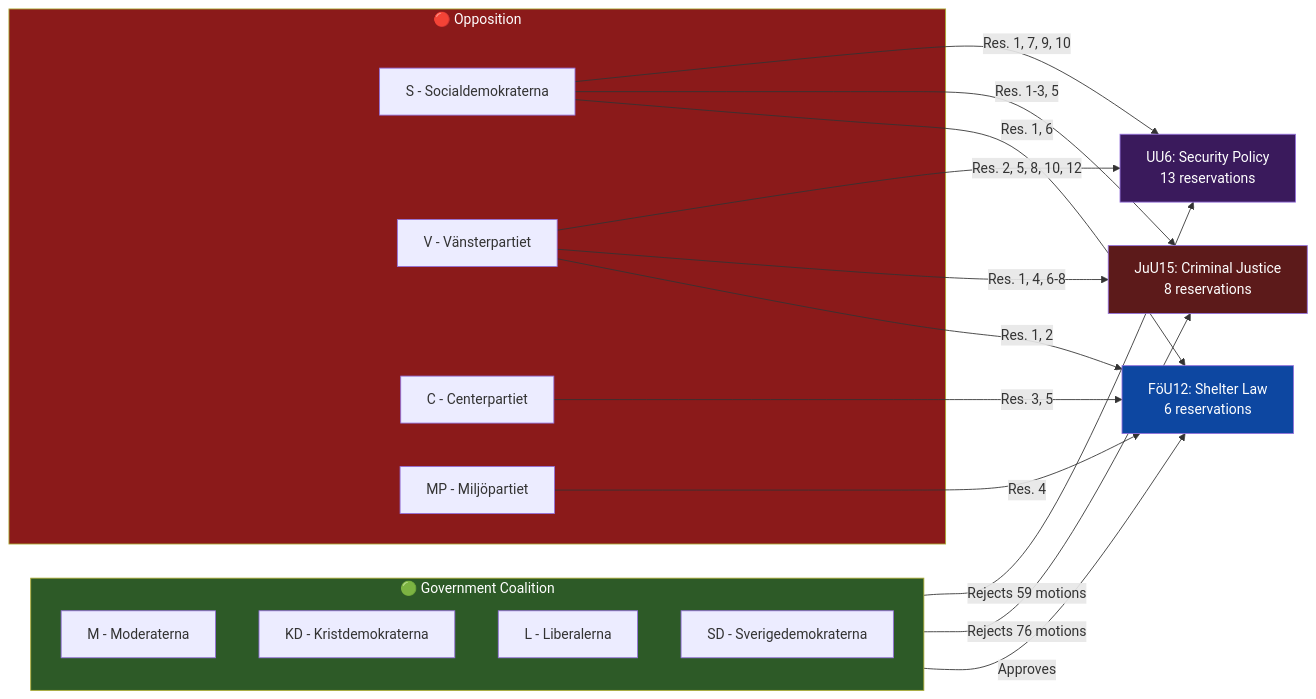
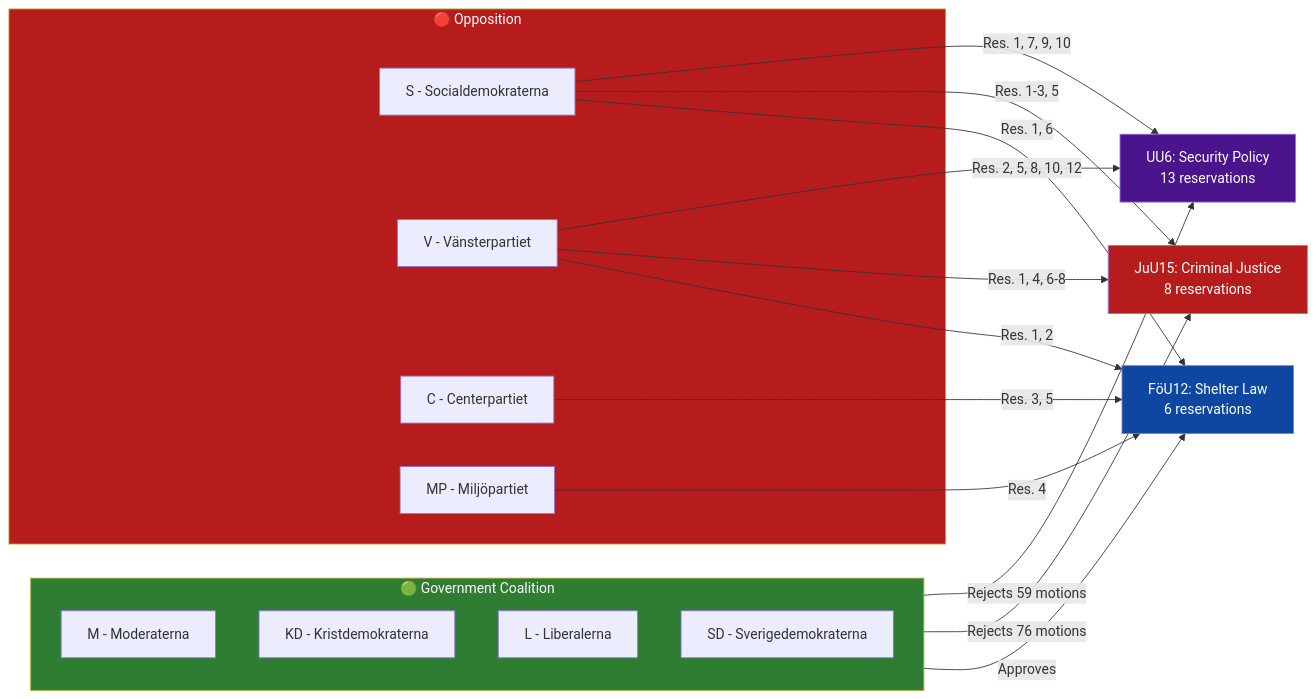
One commit to Hack23/riksdagsmonitor changed the diagram in analysis/daily/2026-04-06/committeeReports/swot-analysis.md. Above: the diagram before and after it, drawn with Mermaid. The commit also changed 121 other files, not shown here.

````diff
--- a/analysis/daily/2026-04-06/committeeReports/swot-analysis.md
+++ b/analysis/daily/2026-04-06/committeeReports/swot-analysis.md
@@ -75,35 +75,35 @@
 ```mermaid
 flowchart LR
     subgraph Government["🟢 Government Coalition"]
         M["M - Moderaterna"]
         KD["KD - Kristdemokraterna"]
         L["L - Liberalerna"]
         SD["SD - Sverigedemokraterna"]
     end
     subgraph Opposition["🔴 Opposition"]
         S["S - Socialdemokraterna"]
         V["V - Vänsterpartiet"]
         C["C - Centerpartiet"]
         MP["MP - Miljöpartiet"]
     end
     FöU12["FöU12: Shelter Law\n6 reservations"]
     JuU15["JuU15: Criminal Justice\n8 reservations"]
     UU6["UU6: Security Policy\n13 reservations"]
     Government -->|"Approves"| FöU12
     Government -->|"Rejects 76 motions"| JuU15
     Government -->|"Rejects 59 motions"| UU6
     S -->|"Res. 1, 6"| FöU12
     V -->|"Res. 1, 2"| FöU12
     C -->|"Res. 3, 5"| FöU12
     MP -->|"Res. 4"| FöU12
     S -->|"Res. 1-3, 5"| JuU15
     V -->|"Res. 1, 4, 6-8"| JuU15
     S -->|"Res. 1, 7, 9, 10"| UU6
     V -->|"Res. 2, 5, 8, 10, 12"| UU6
     
-    style Government fill:#2d5a27,color:#FFFFFF
-    style Opposition fill:#8b1a1a,color:#FFFFFF
+    style Government fill:#2E7D32,color:#FFFFFF
+    style Opposition fill:#B71C1C,color:#FFFFFF
     style FöU12 fill:#0D47A1,color:#FFFFFF
-    style JuU15 fill:#5c1a1a,color:#FFFFFF
-    style UU6 fill:#3a1a5c,color:#FFFFFF
+    style JuU15 fill:#B71C1C,color:#FFFFFF
+    style UU6 fill:#4A148C,color:#FFFFFF
 ```
````
